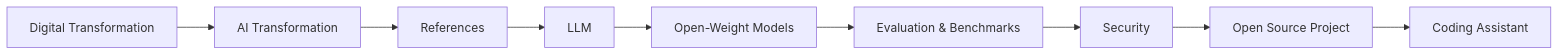
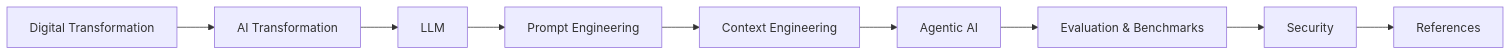
The fifth of 7 diagrams in README.md (simjaecheol/all-about-llm), drawn with Mermaid before and after one commit. The commit also changed other lines of this file and 5 other files, not shown here.

````diff
--- a/README.md
+++ b/README.md
@@ -72,11 +84,11 @@
 ```mermaid
 flowchart LR
     A[Digital Transformation] --> B[AI Transformation]
-    B --> C[References]
-    C --> D[LLM]
-    D --> E[Open-Weight Models]
-    E --> F[Evaluation & Benchmarks]
-    F --> G[Security]
-    G --> H[Open Source Project]
-    H --> I[Coding Assistant]
+    B --> C[LLM]
+    C --> D[Prompt Engineering]
+    D --> E[Context Engineering]
+    E --> F[Agentic AI]
+    F --> G["Evaluation & Benchmarks"]
+    G --> H[Security]
+    H --> I[References]
 ```
````
